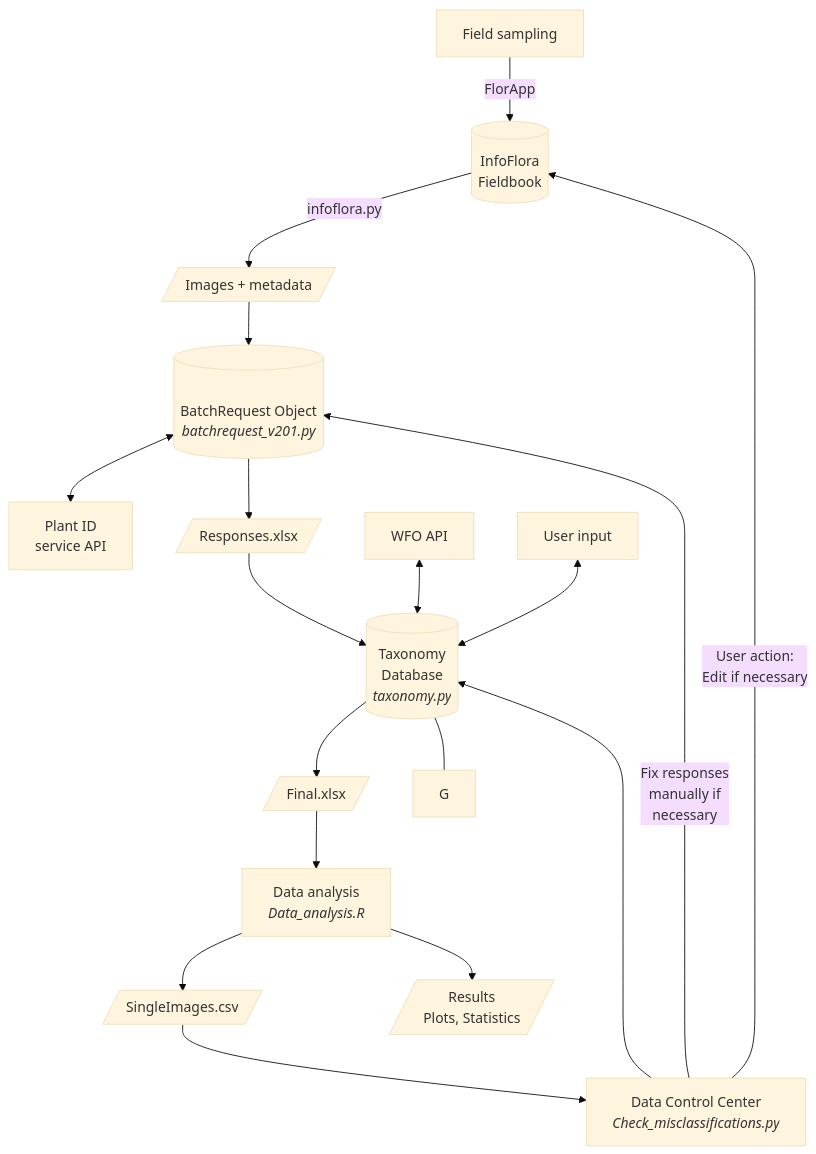
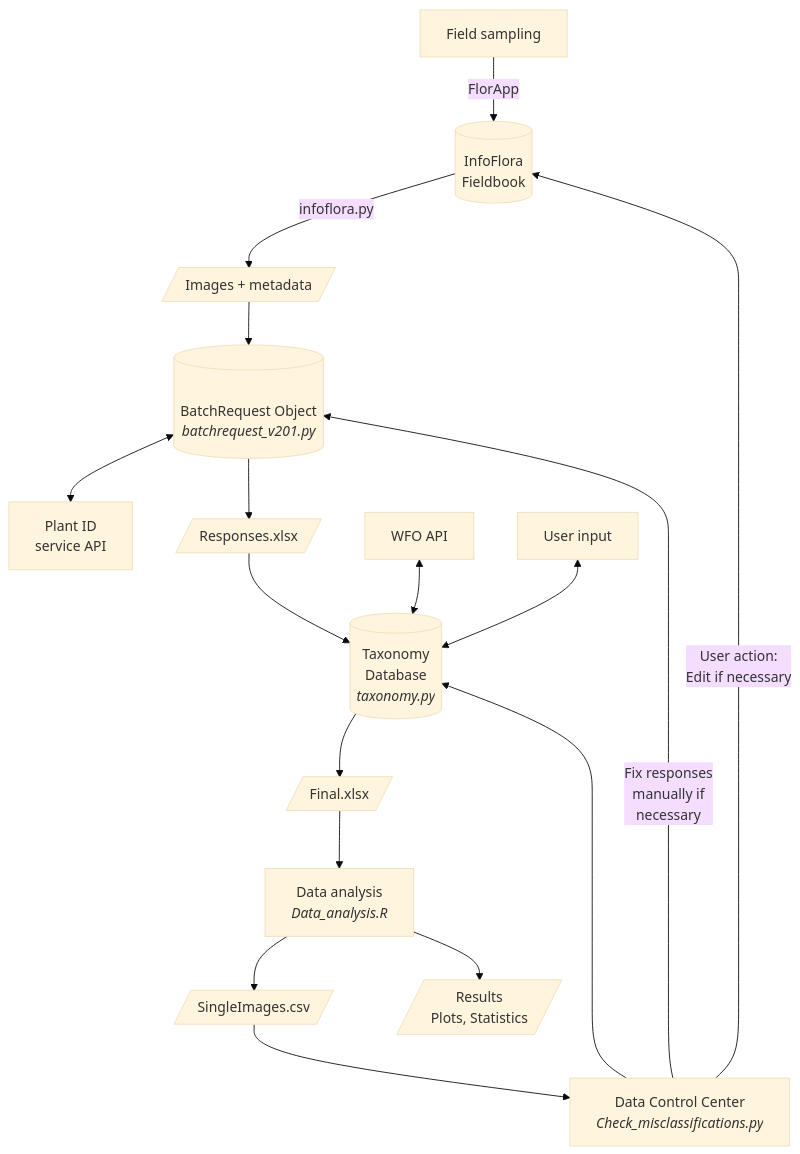
Before and after one commit to ManuelPopp/SwissPlantCV: the diagram in README.md, drawn with Mermaid (base theme).

````diff
--- a/README.md
+++ b/README.md
@@ -5,21 +5,20 @@
 ```mermaid
 graph TD
     A[Field sampling] --> |FlorApp| B[(InfoFlora<br>Fieldbook)]
     B --> |infoflora.py| C[/Images + metadata/]
     D[(<br>BatchRequest Object<br><i>batchrequest_v201.py</i>)] <--> E[Plant ID<br>service API]
     C --> D
     D --> F[/Responses.xlsx/]
     F --> J[(Taxonomy<br>Database<br><i>taxonomy.py</i>)]
     I[WFO API] <--> J
     J --> H[/Final.xlsx/]
     K[User input] <--> J
-    J --- G
     H --> X[Data analysis<br><i>Data_analysis.R</i>]
     X --> L[/SingleImages.csv/]
     L --> M[Data Control Center<br><i>Check_misclassifications.py</i>]
     M --> J
     M --> |Fix responses<br>manually if<br>necessary| D
     M --> |User action:<br>Edit if necessary| B
     X --> Z[/Results<br>Plots, Statistics/]
 classDef empty width:0px,height:0px;
 ```
````
